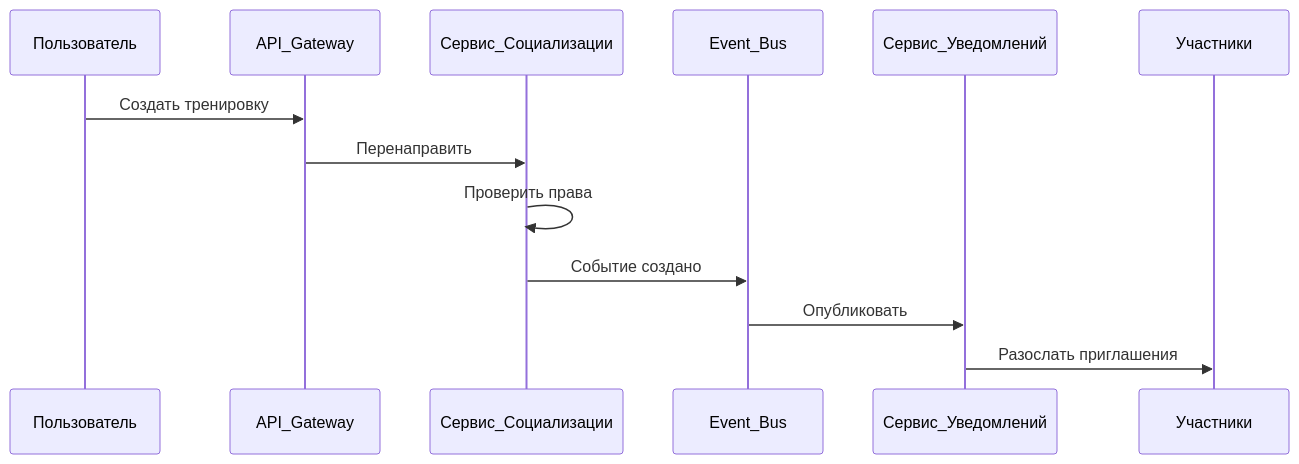
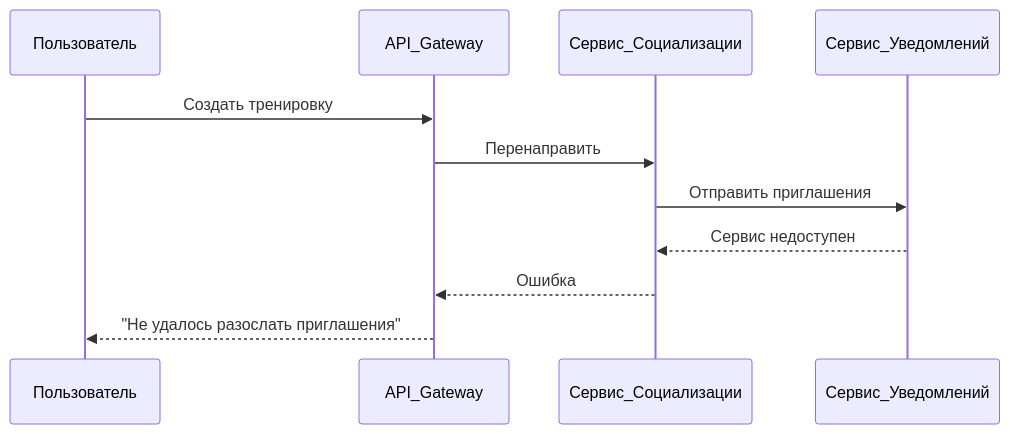
One commit to andreyantropov/architect-coursework changed the sixth of 8 diagrams in architecture/critical-business-processes.md. Above: the diagram before and after it, drawn with Mermaid. The commit also changed other lines of this file, not shown here.

Commit message:
fix: Поправлены некоторые схемы в критических бизнес-процессах.

````diff
--- a/architecture/critical-business-processes.md
+++ b/architecture/critical-business-processes.md
@@ -78,16 +77,14 @@
 ```mermaid
 sequenceDiagram
     participant Пользователь
     participant API_Gateway
     participant Сервис_Социализации
-    participant Event_Bus
     participant Сервис_Уведомлений
-    participant Участники
     
     Пользователь->>API_Gateway: Создать тренировку
     API_Gateway->>Сервис_Социализации: Перенаправить
-    Сервис_Социализации->>Сервис_Социализации: Проверить права
-    Сервис_Социализации->>Event_Bus: Событие создано
-    Event_Bus->>Сервис_Уведомлений: Опубликовать
-    Сервис_Уведомлений->>Участники: Разослать приглашения
+    Сервис_Социализации->>Сервис_Уведомлений: Отправить приглашения
+    Сервис_Уведомлений-->>Сервис_Социализации: Сервис недоступен
+    Сервис_Социализации-->>API_Gateway: Ошибка
+    API_Gateway-->>Пользователь: "Не удалось разослать приглашения"
 ```
````
